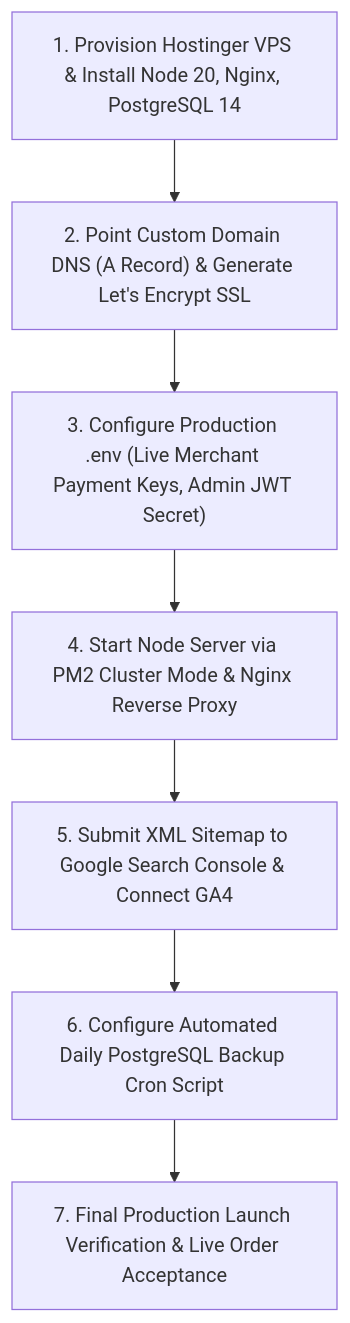
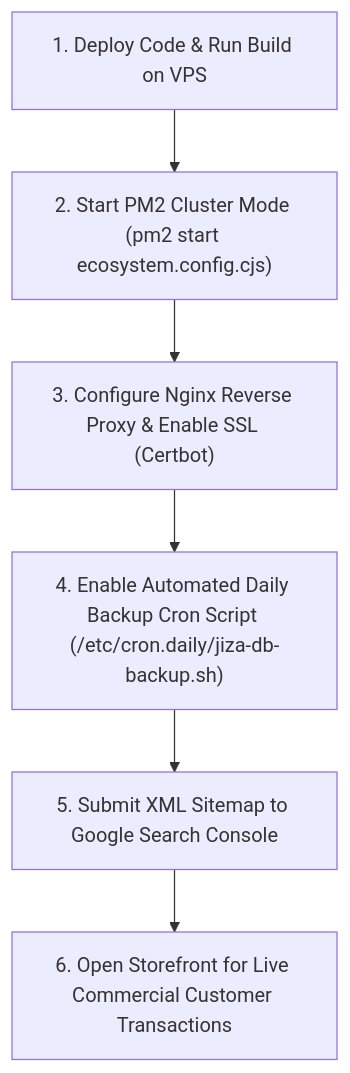
Before and after one commit to futoralift/jiza: the diagram in Docs/PROJECT_FINAL_REMAINING_TASKS.md, drawn with Mermaid. The commit also changed other lines of this file and 31 other files, not shown here.

Commit message:
feat(admin): implement secondary read+export only admin account with RBAC, full audit verification, and updated production documentation

````diff
--- a/Docs/PROJECT_FINAL_REMAINING_TASKS.md
+++ b/Docs/PROJECT_FINAL_REMAINING_TASKS.md
@@ -52,9 +54,8 @@
 ```mermaid
 flowchart TD
-    Step1["1. Provision Hostinger VPS & Install Node 20, Nginx, PostgreSQL 14"] --> Step2["2. Point Custom Domain DNS (A Record) & Generate Let's Encrypt SSL"]
-    Step2 --> Step3["3. Configure Production .env (Live Merchant Payment Keys, Admin JWT Secret)"]
-    Step3 --> Step4["4. Start Node Server via PM2 Cluster Mode & Nginx Reverse Proxy"]
-    Step4 --> Step5["5. Submit XML Sitemap to Google Search Console & Connect GA4"]
-    Step5 --> Step6["6. Configure Automated Daily PostgreSQL Backup Cron Script"]
-    Step6 --> Step7["7. Final Production Launch Verification & Live Order Acceptance"]
+    Step1["1. Deploy Code & Run Build on VPS"] --> Step2["2. Start PM2 Cluster Mode (pm2 start ecosystem.config.cjs)"]
+    Step2 --> Step3["3. Configure Nginx Reverse Proxy & Enable SSL (Certbot)"]
+    Step3 --> Step4["4. Enable Automated Daily Backup Cron Script (/etc/cron.daily/jiza-db-backup.sh)"]
+    Step4 --> Step5["5. Submit XML Sitemap to Google Search Console"]
+    Step5 --> Step6["6. Open Storefront for Live Commercial Customer Transactions"]
 ```
````
